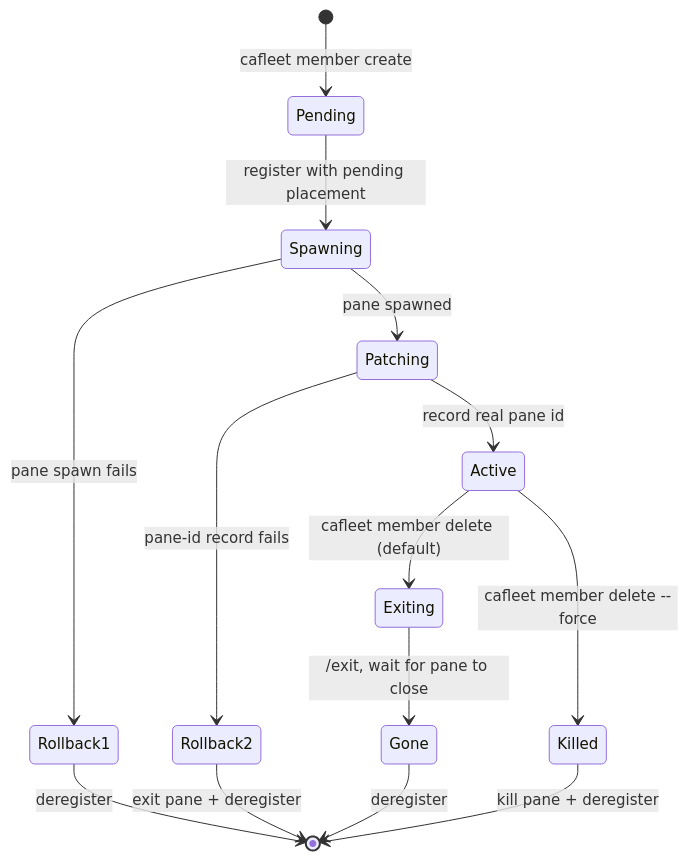
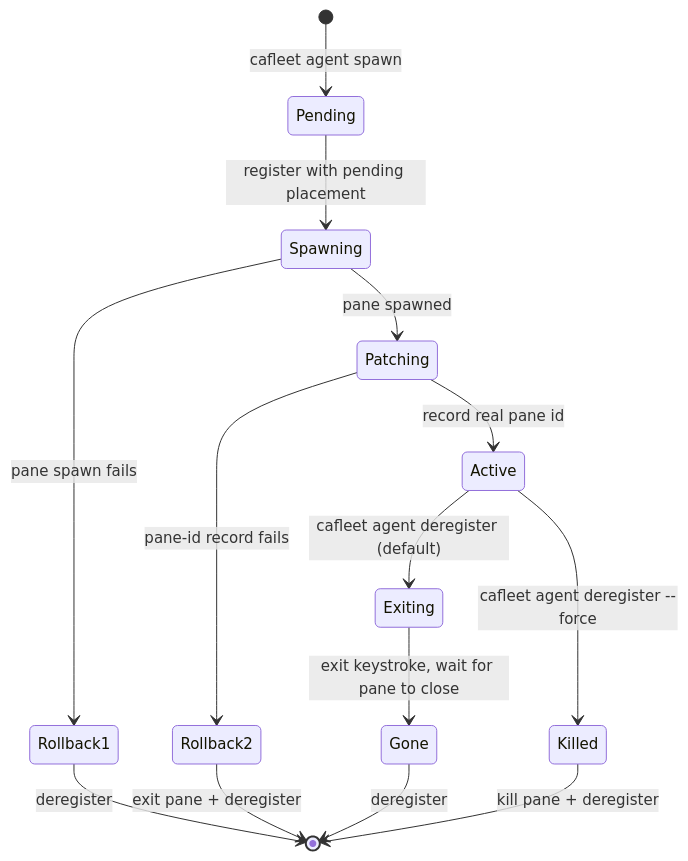
The diagram in docs/concepts/member-lifecycle.md (himkt/cafleet), drawn with Mermaid before and after one commit. The commit also changed other lines of this file and 11 other files, not shown here.

Commit message:
docs: rewrite docs/ concepts and spec pages to agent/pane CLI surface

````diff
--- a/docs/concepts/member-lifecycle.md
+++ b/docs/concepts/member-lifecycle.md
@@ -24,20 +24,20 @@
 ```mermaid
 %%{init: {'theme': 'default', 'themeVariables': {'fontSize': '15px'}}}%%
 stateDiagram-v2
-    [*] --> Pending: cafleet member create
+    [*] --> Pending: cafleet agent spawn
     Pending --> Spawning: register with pending placement
     Spawning --> Patching: pane spawned
     Patching --> Active: record real pane id
 
     Spawning --> Rollback1: pane spawn fails
     Patching --> Rollback2: pane-id record fails
     Rollback1 --> [*]: deregister
     Rollback2 --> [*]: exit pane + deregister
 
-    Active --> Exiting: cafleet member delete (default)
-    Exiting --> Gone: /exit, wait for pane to close
+    Active --> Exiting: cafleet agent deregister (default)
+    Exiting --> Gone: exit keystroke, wait for pane to close
     Gone --> [*]: deregister
 
-    Active --> Killed: cafleet member delete --force
+    Active --> Killed: cafleet agent deregister --force
     Killed --> [*]: kill pane + deregister
 ```
````
